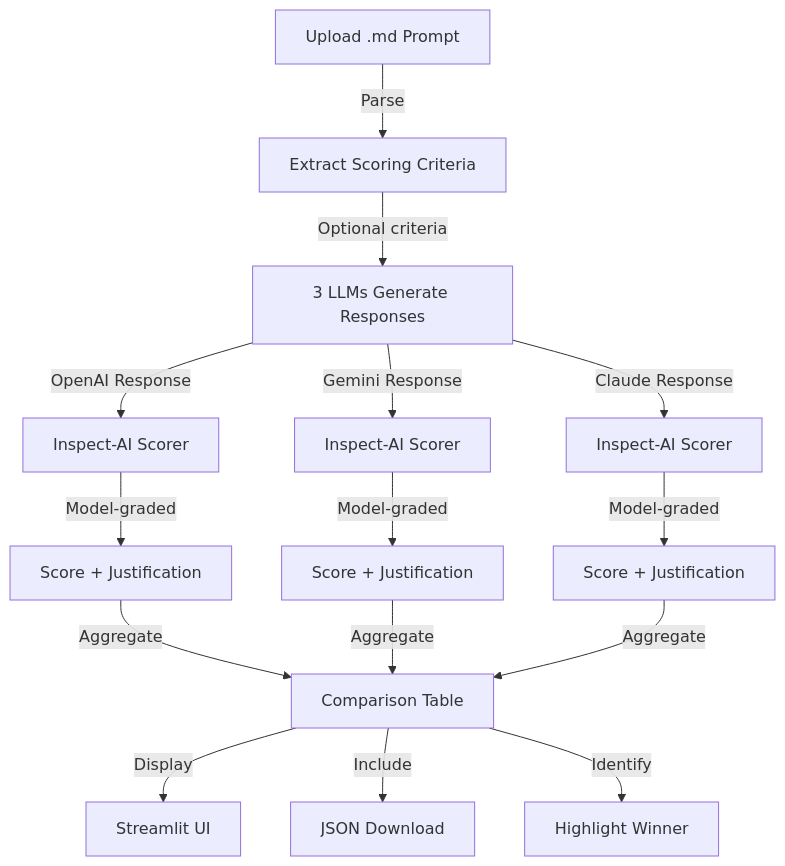
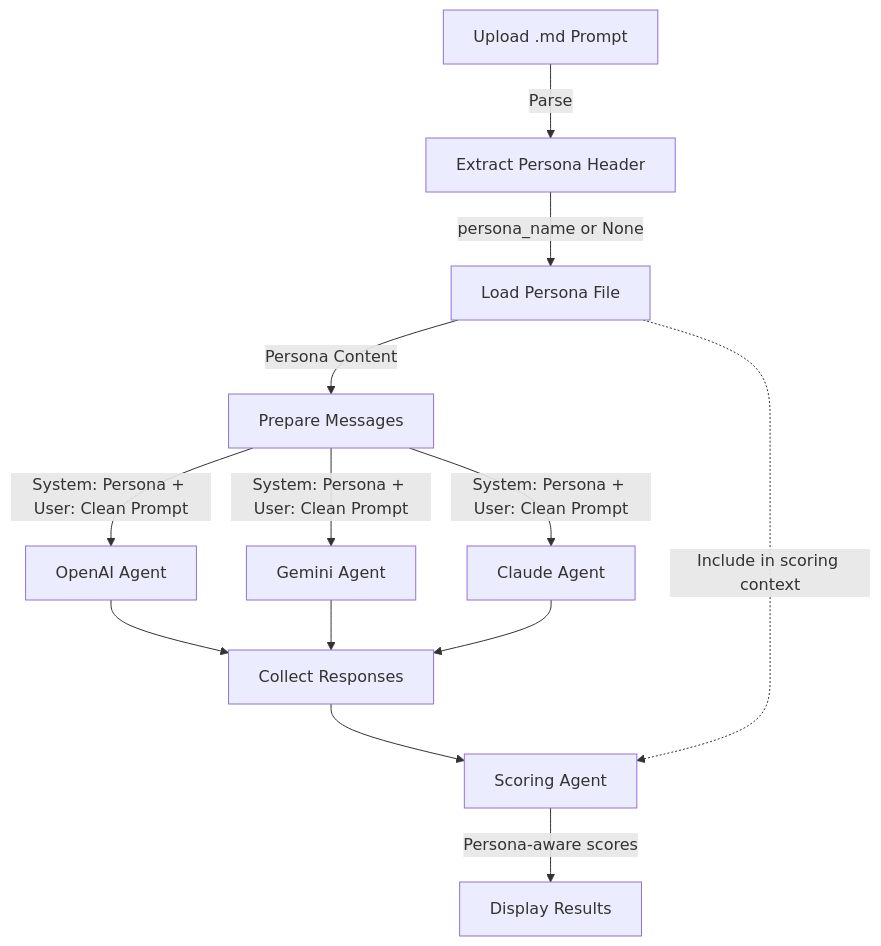
Before and after one commit to jluover9000/AiEO-Visibility-Challenge: the diagram in README.md, drawn with Mermaid. The commit also changed other lines of this file and 1 other file, not shown here.

Commit message:
Rename SCORING_GUIDE.md to PROMPT_GUIDE.md
Rename SCORING_GUIDE.md to PROMPT_GUIDE.md and update README.md to reflect persona-driven prompt flow. README changes: removed mention of optional S3 uploads, adjusted the mermaid diagram and explanatory text to show persona extraction, message preparation, per-LLM agents feeding a unified scoring agent, and removed the AWS account note under Available Personas.

````diff
--- a/README.md
+++ b/README.md
@@ -20,21 +20,19 @@
 ```mermaid
 flowchart TD
-    Prompt[Upload .md Prompt] -->|Parse| Extract[Extract Scoring Criteria]
-    Extract -->|Optional criteria| LLMs[3 LLMs Generate Responses]
+    Prompt[Upload .md Prompt] -->|Parse| ExtractPersona[Extract Persona Header]
+    ExtractPersona -->|persona_name or None| LoadPersona[Load Persona File]
+    LoadPersona -->|Persona Content| PrepareMessages[Prepare Messages]
     
-    LLMs -->|OpenAI Response| Scorer1[Inspect-AI Scorer]
-    LLMs -->|Gemini Response| Scorer2[Inspect-AI Scorer]
-    LLMs -->|Claude Response| Scorer3[Inspect-AI Scorer]
+    PrepareMessages -->|System: Persona + User: Clean Prompt| OpenAI[OpenAI Agent]
+    PrepareMessages -->|System: Persona + User: Clean Prompt| Gemini[Gemini Agent]
+    PrepareMessages -->|System: Persona + User: Clean Prompt| Claude[Claude Agent]
     
-    Scorer1 -->|Model-graded| Score1[Score + Justification]
-    Scorer2 -->|Model-graded| Score2[Score + Justification]
-    Scorer3 -->|Model-graded| Score3[Score + Justification]
+    OpenAI --> Responses[Collect Responses]
+    Gemini --> Responses
+    Claude --> Responses
     
-    Score1 -->|Aggregate| Table[Comparison Table]
-    Score2 -->|Aggregate| Table
-    Score3 -->|Aggregate| Table
+    Responses --> Scorer[Scoring Agent]
+    LoadPersona -.->|Include in scoring context| Scorer
     
-    Table -->|Display| UI[Streamlit UI]
-    Table -->|Include| JSONLog[JSON Download]
-    Table -->|Identify| Winner[Highlight Winner]
+    Scorer -->|Persona-aware scores| Display[Display Results]
 ```
````
